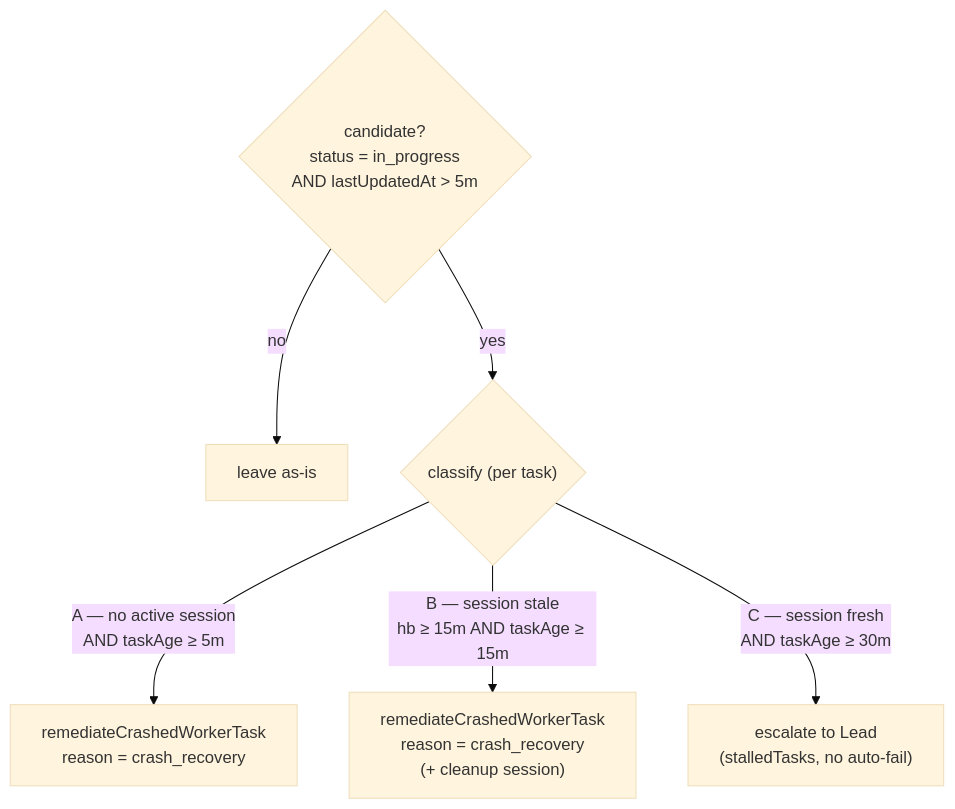
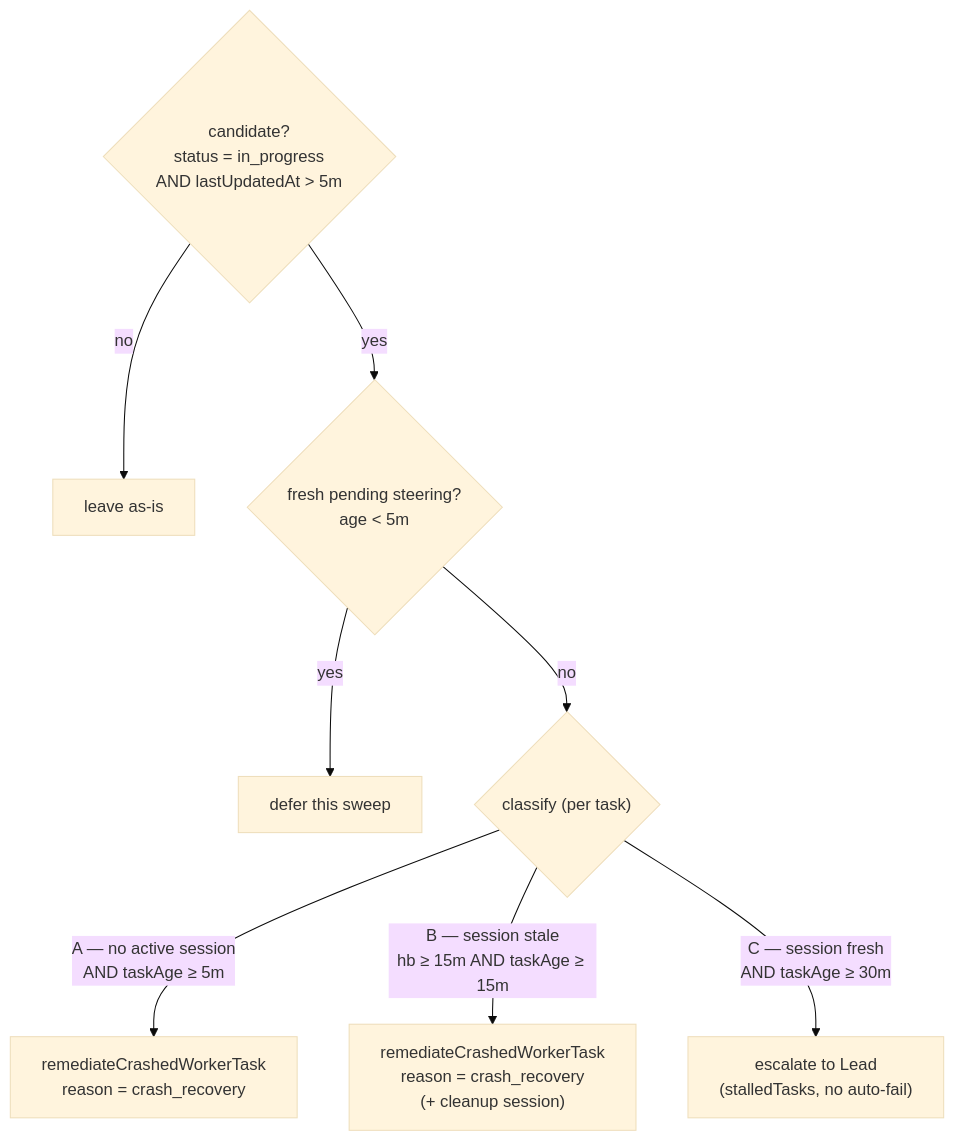
Before and after one commit to desplega-ai/agent-swarm: the second of 4 diagrams in runbooks/heartbeat-crash-recovery.md, drawn with Mermaid (base theme). The commit also changed other lines of this file and 5 other files, not shown here.

First line of the commit message:
[step-2] promote pending steering on terminal status + heartbeat stall guard

````diff
--- a/runbooks/heartbeat-crash-recovery.md
+++ b/runbooks/heartbeat-crash-recovery.md
@@ -30,8 +30,10 @@
 ```mermaid
 flowchart TD
   cand{"candidate?<br/>status = in_progress<br/>AND lastUpdatedAt > 5m"} -- no --> skip["leave as-is"]
-  cand -- yes --> cls{"classify (per task)"}
+  cand -- yes --> steer{"fresh pending steering?<br/>age < 5m"}
+  steer -- yes --> defer["defer this sweep"]
+  steer -- no --> cls{"classify (per task)"}
   cls -->|"A — no active session<br/>AND taskAge ≥ 5m"| remA["remediateCrashedWorkerTask<br/>reason = crash_recovery"]
   cls -->|"B — session stale<br/>hb ≥ 15m AND taskAge ≥ 15m"| remB["remediateCrashedWorkerTask<br/>reason = crash_recovery<br/>(+ cleanup session)"]
   cls -->|"C — session fresh<br/>AND taskAge ≥ 30m"| esc["escalate to Lead<br/>(stalledTasks, no auto-fail)"]
 ```
````
